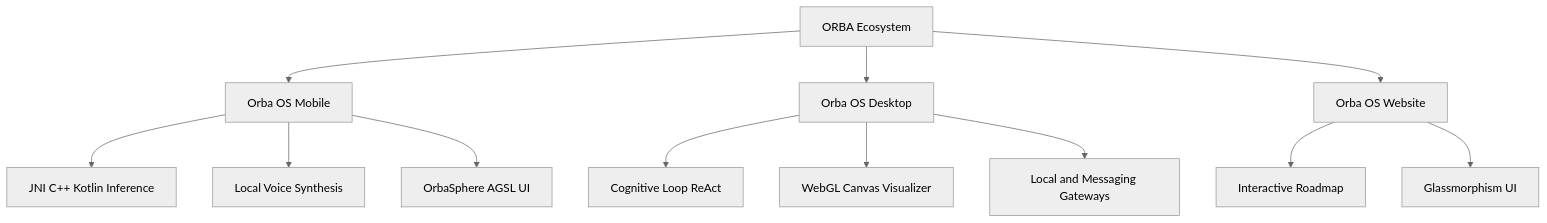
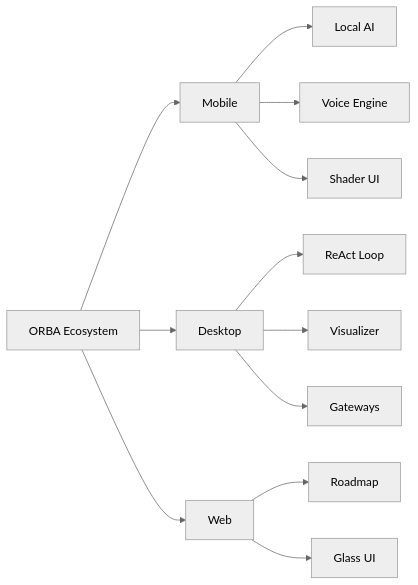
One commit to AlexKoncept/ORBA_OS changed the first of 2 diagrams in README.md. Above: the diagram before and after it, drawn with Mermaid (neutral theme).

Commit message:
Update architecture diagram in README.md

````diff
--- a/README.md
+++ b/README.md
@@ -47,18 +47,20 @@
 ```mermaid
-graph TD
+graph LR
 
-    A["ORBA Ecosystem"] --> B["Orba OS Mobile"]
-    A --> C["Orba OS Desktop"]
-    A --> D["Orba OS Website"]
+    A[ORBA Ecosystem]
 
-    B --> B1["JNI C++ Kotlin Inference"]
-    B --> B2["Local Voice Synthesis"]
-    B --> B3["OrbaSphere AGSL UI"]
+    A --> B[Mobile]
+    A --> C[Desktop]
+    A --> D[Web]
 
-    C --> C1["Cognitive Loop ReAct"]
-    C --> C2["WebGL Canvas Visualizer"]
-    C --> C3["Local and Messaging Gateways"]
+    B --> B1[Local AI]
+    B --> B2[Voice Engine]
+    B --> B3[Shader UI]
 
-    D --> D1["Interactive Roadmap"]
-    D --> D2["Glassmorphism UI"]
+    C --> C1[ReAct Loop]
+    C --> C2[Visualizer]
+    C --> C3[Gateways]
+
+    D --> D1[Roadmap]
+    D --> D2[Glass UI]
 ```
````
